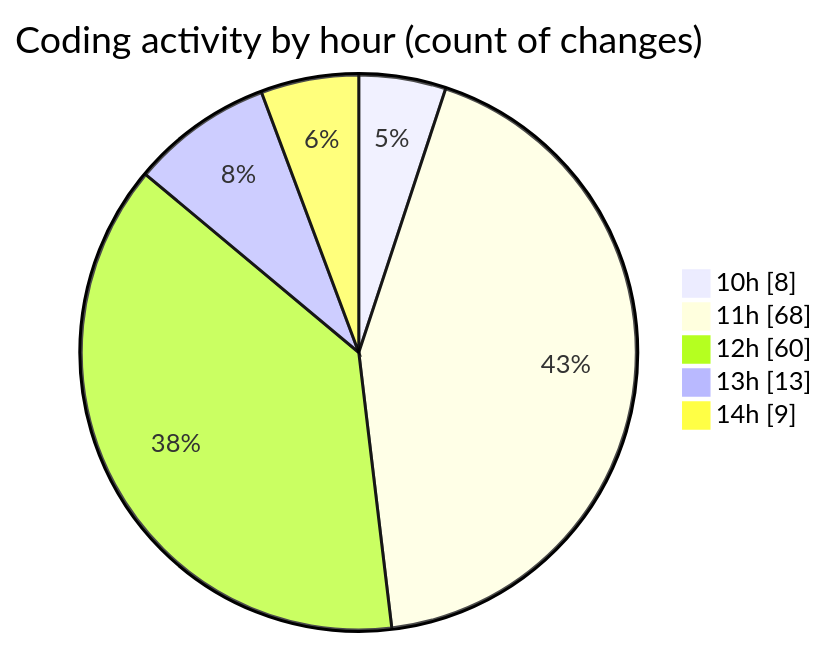
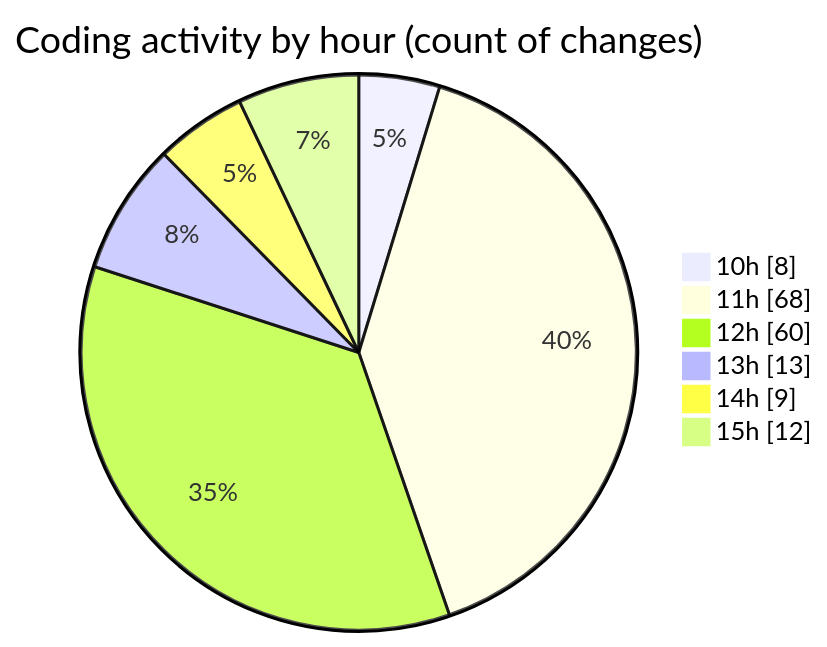
One commit to nxtqubesakshisongat/code-tracking changed the second of 2 diagrams in 2025-08-22/nxtqube_webapp/README.md. Above: the diagram before and after it, drawn with Mermaid. The commit also changed other lines of this file and 1 other file, not shown here.

````diff
--- a/2025-08-22/nxtqube_webapp/README.md
+++ b/2025-08-22/nxtqube_webapp/README.md
@@ -28,9 +28,10 @@
 ```mermaid
 pie showData
 title Coding activity by hour (count of changes)
 "10h" : 8
 "11h" : 68
 "12h" : 60
 "13h" : 13
 "14h" : 9
+"15h" : 12
 ```
````
